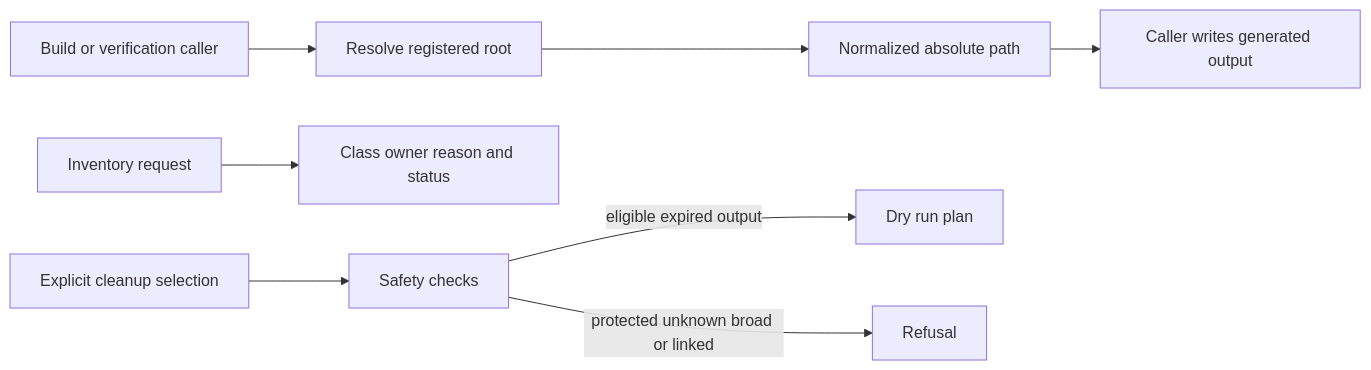
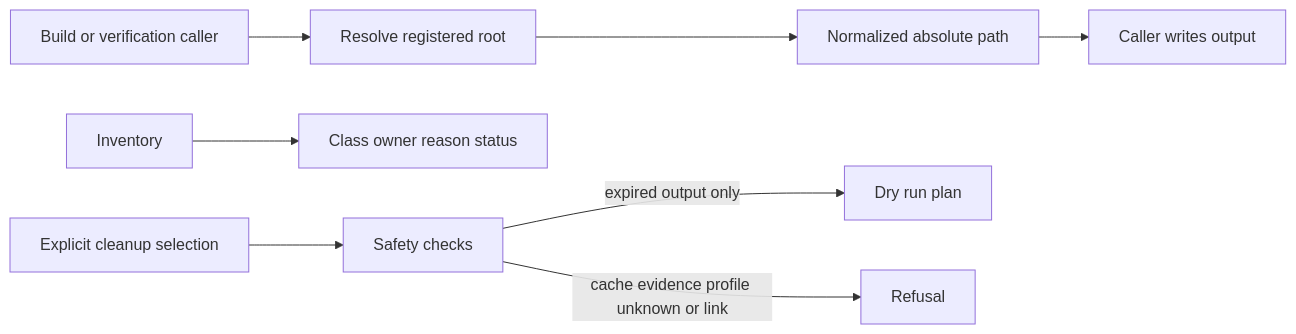
The diagram in wiki/modules/generated-workspace-retention.md (alexwck/dbcode-wrapper), drawn with Mermaid before and after one commit. The commit also changed other lines of this file and 29 other files, not shown here.

````diff
--- a/wiki/modules/generated-workspace-retention.md
+++ b/wiki/modules/generated-workspace-retention.md
@@ -31,10 +31,10 @@
 ```mermaid
 flowchart LR
   C[Build or verification caller] --> R[Resolve registered root]
   R --> N[Normalized absolute path]
-  N --> W[Caller writes generated output]
-  I[Inventory request] --> P[Class owner reason and status]
+  N --> W[Caller writes output]
+  I[Inventory] --> P[Class owner reason status]
   S[Explicit cleanup selection] --> G[Safety checks]
-  G -->|eligible expired output| D[Dry run plan]
-  G -->|protected unknown broad or linked| F[Refusal]
+  G -->|expired output only| D[Dry run plan]
+  G -->|cache evidence profile unknown or link| F[Refusal]
 ```
````
